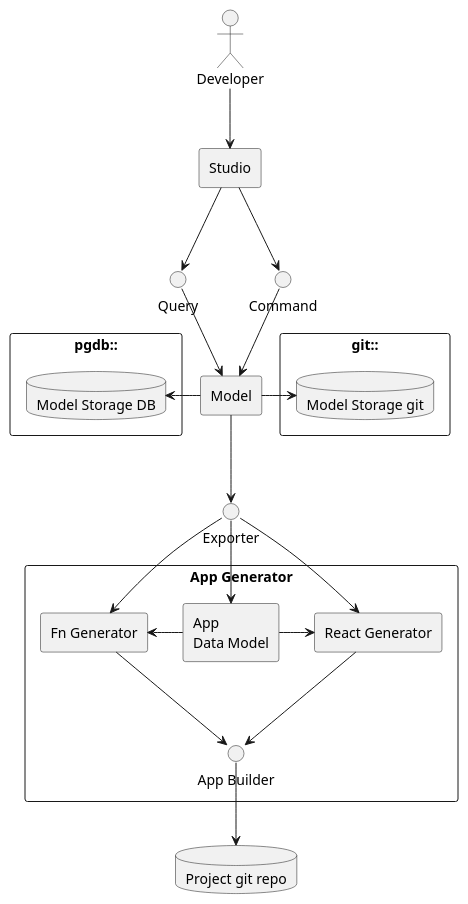
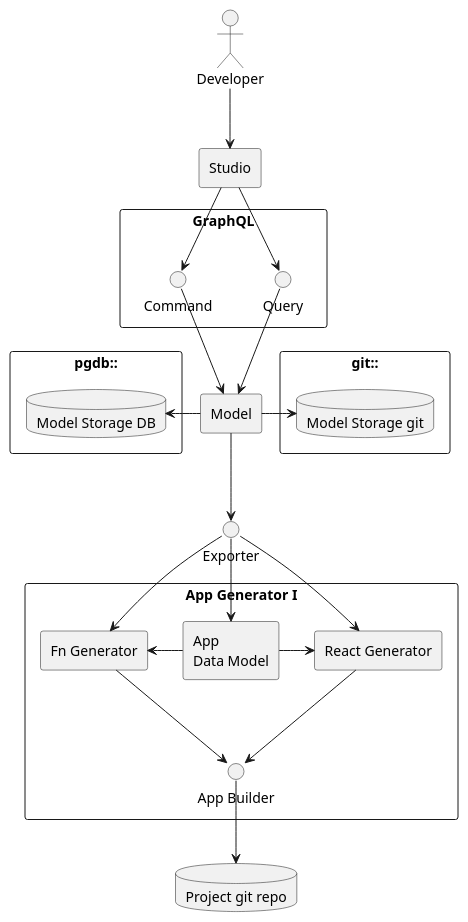
The diagram in docs/components-001.puml (gears-project/gearsx), drawn with PlantUML before and after one commit. The commit also changed 31 other files, not shown here.

```diff
--- a/docs/components-001.puml
+++ b/docs/components-001.puml
@@ -1,54 +1,56 @@
 @startuml Overview
 
 skinparam rectangleStyle uml2
 
 actor Developer
 rectangle Studio
 
-interface Query
-interface Command
+rectangle "GraphQL" {
+  interface Query
+  interface Command
+}
 
 rectangle "Model" as DataModel
 rectangle "pgdb::" {
   database "Model Storage DB" as ModelStorage
 }
 rectangle "git::" {
   database "Model Storage git" as ModelStorageGit
 }
 
 interface Exporter
 
-rectangle "App Generator" {
+rectangle "App Generator I" {
   rectangle "React Generator" as ReactGenerator
   rectangle "App\nData Model" as DataModelGenerator
   rectangle "Fn Generator" as FnGenerator
   interface "App Builder" as AppBuilder
 }
 
 database "Project git repo" as GitRepo
 
 Developer -down-> Studio
 Studio -down-> Query
 Studio -down-> Command
 
 Query -down-> DataModel
 Command -down-> DataModel
 
 DataModel -left-> ModelStorage
 DataModel -right-> ModelStorageGit
 
 DataModel -down-> Exporter
 
 Exporter -down-> ReactGenerator
 Exporter -down-> FnGenerator
 Exporter -down-> DataModelGenerator
 
 ReactGenerator -down-> AppBuilder
 FnGenerator -down-> AppBuilder
 
 DataModelGenerator -right-> ReactGenerator
 DataModelGenerator -left-> FnGenerator
 
 AppBuilder -down-> GitRepo
 
 @enduml
```
